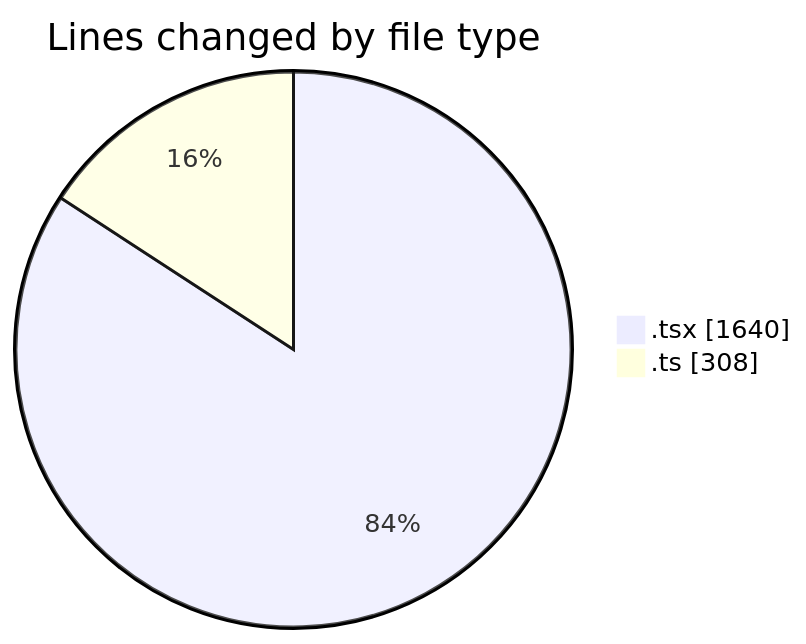
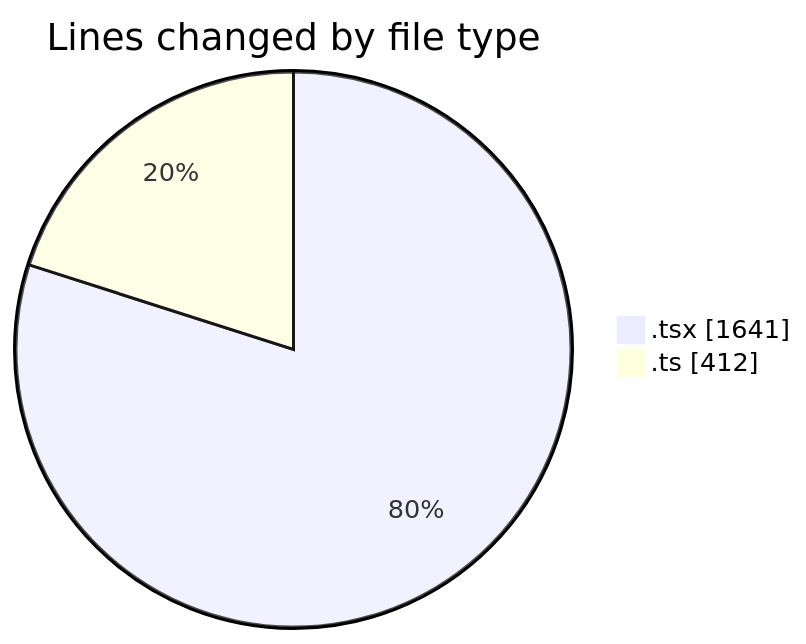
One commit to momahboobian/code-tracking changed the first of 2 diagrams in 2025-09-24/cda/README.md. Above: the diagram before and after it, drawn with Mermaid. The commit also changed other lines of this file and 1 other file, not shown here.

````diff
--- a/2025-09-24/cda/README.md
+++ b/2025-09-24/cda/README.md
@@ -27,6 +28,6 @@
 ```mermaid
 pie showData
 title Lines changed by file type
-".tsx" : 1640
-".ts" : 308
+".tsx" : 1641
+".ts" : 412
 ```
````
